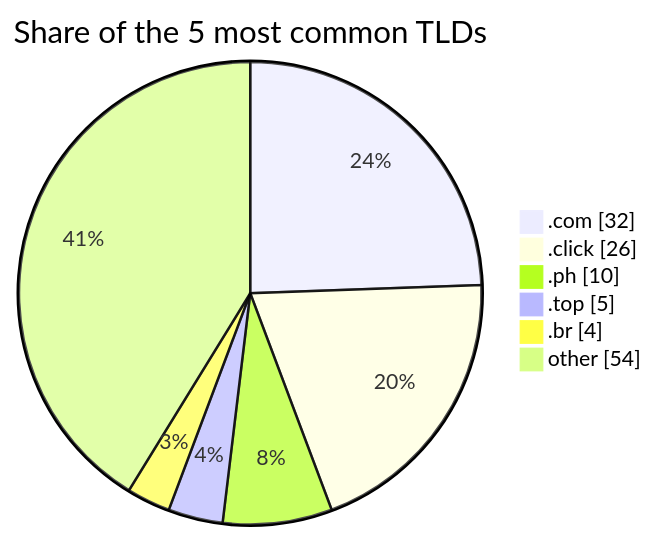
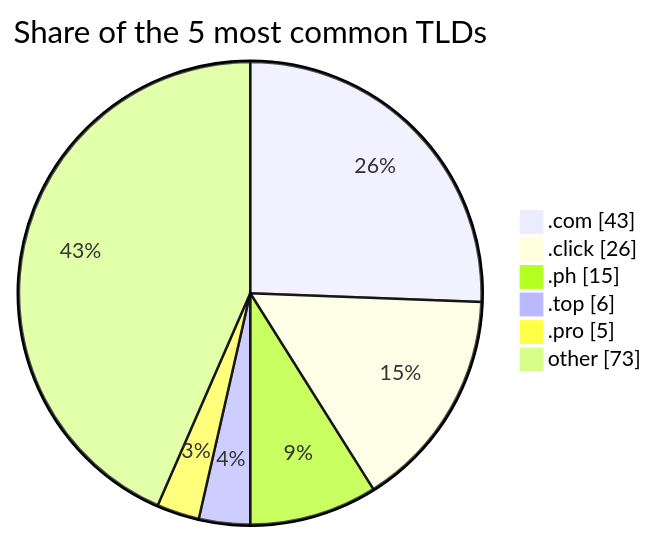
One commit to DNSBunker/CTI changed the second of 2 diagrams in README.md. Above: the diagram before and after it, drawn with Mermaid. The commit also changed other lines of this file and 3 other files, not shown here.

````diff
--- a/README.md
+++ b/README.md
@@ -72,9 +72,9 @@
 ```mermaid
 pie showData title Share of the 5 most common TLDs
-    ".com" : 32
+    ".com" : 43
     ".click" : 26
-    ".ph" : 10
-    ".top" : 5
-    ".br" : 4
-    "other" : 54
+    ".ph" : 15
+    ".top" : 6
+    ".pro" : 5
+    "other" : 73
 ```
````
